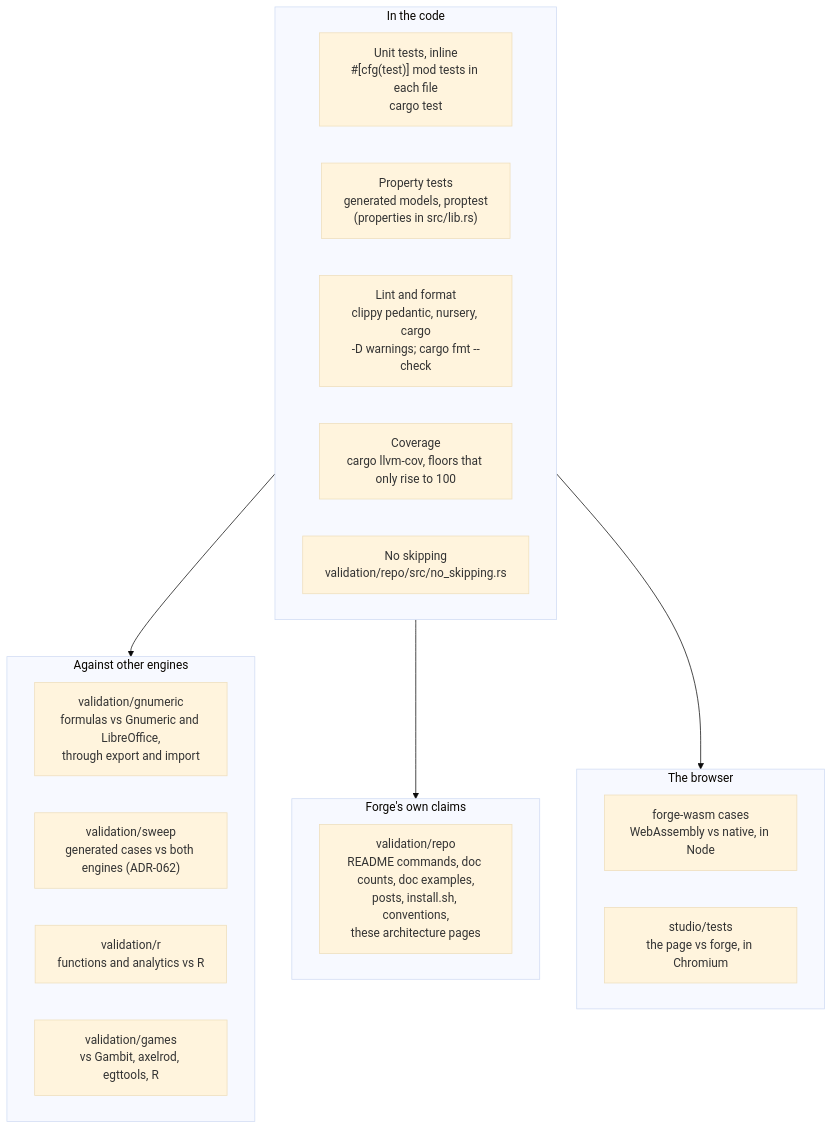
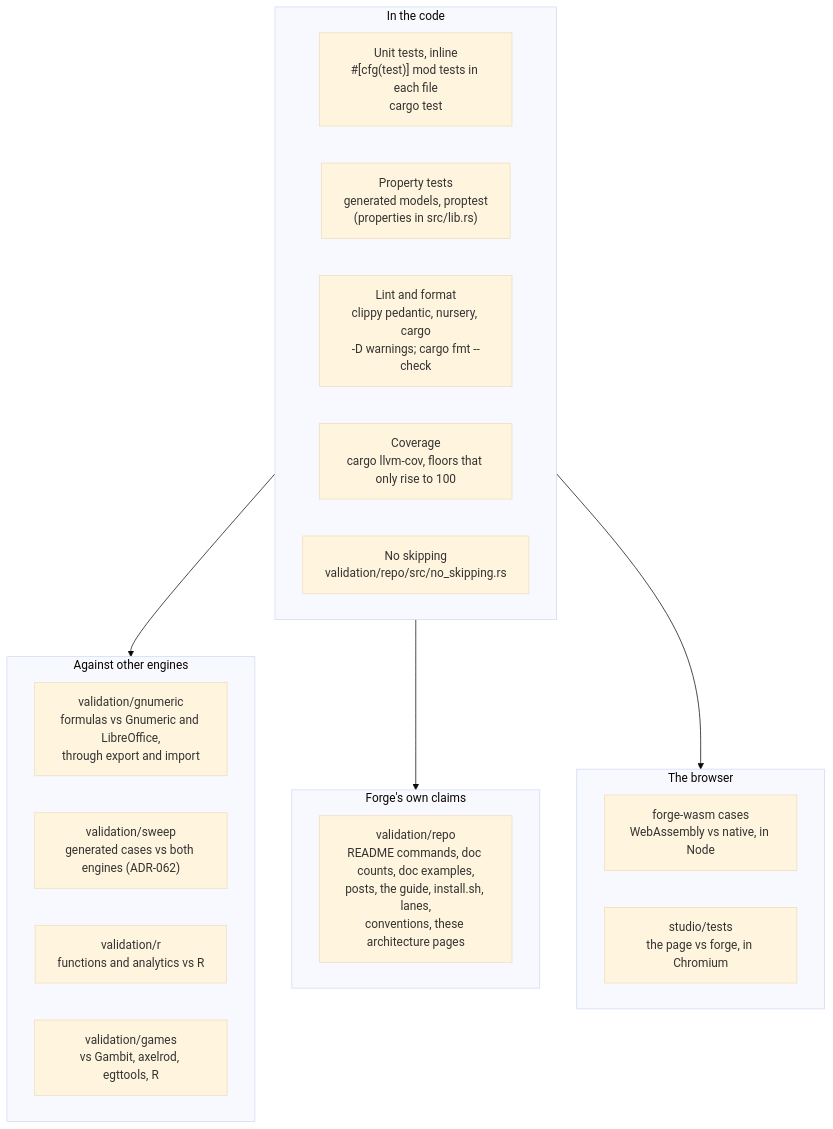
The first of 4 diagrams in docs/architecture/07-TESTING-ARCHITECTURE.md (mollendorff-ai/forge), drawn with Mermaid (base theme) before and after one commit. The commit also changed other lines of this file and 5 other files, not shown here.

First line of the commit message:
Architecture pages 00, 06, 07 and 09 say what ADR-078 to ADR-080 built (AR-PAGES-CURRENT)

````diff
--- a/docs/architecture/07-TESTING-ARCHITECTURE.md
+++ b/docs/architecture/07-TESTING-ARCHITECTURE.md
@@ -7,26 +7,26 @@
 ```mermaid
 flowchart TB
     subgraph code["In the code"]
         unit["Unit tests, inline<br/>#[cfg(test)] mod tests in each file<br/>cargo test"]
         prop["Property tests<br/>generated models, proptest<br/>(properties in src/lib.rs)"]
         lint["Lint and format<br/>clippy pedantic, nursery, cargo<br/>-D warnings; cargo fmt --check"]
         cov["Coverage<br/>cargo llvm-cov, floors that only rise to 100"]
         skip["No skipping<br/>validation/repo/src/no_skipping.rs"]
     end
     subgraph outside["Against other engines"]
         gn["validation/gnumeric<br/>formulas vs Gnumeric and LibreOffice,<br/>through export and import"]
         sw["validation/sweep<br/>generated cases vs both engines (ADR-062)"]
         r["validation/r<br/>functions and analytics vs R"]
         games["validation/games<br/>vs Gambit, axelrod, egttools, R"]
     end
     subgraph claims["Forge's own claims"]
-        repo["validation/repo<br/>README commands, doc counts, doc examples,<br/>posts, install.sh, conventions,<br/>these architecture pages"]
+        repo["validation/repo<br/>README commands, doc counts, doc examples,<br/>posts, the guide, install.sh, lanes,<br/>conventions, these architecture pages"]
     end
     subgraph browser["The browser"]
         wasmcmp["forge-wasm cases<br/>WebAssembly vs native, in Node"]
         studio["studio/tests<br/>the page vs forge, in Chromium"]
     end
     code --> outside
     code --> claims
     code --> browser
 ```
````
